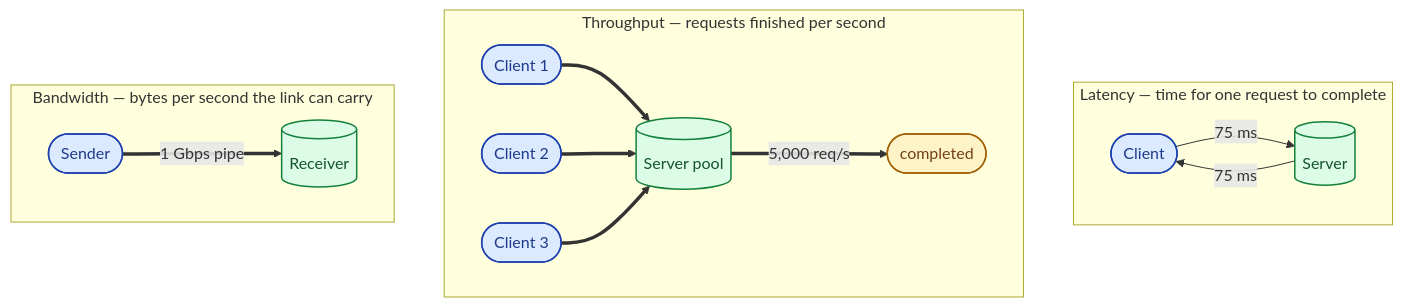
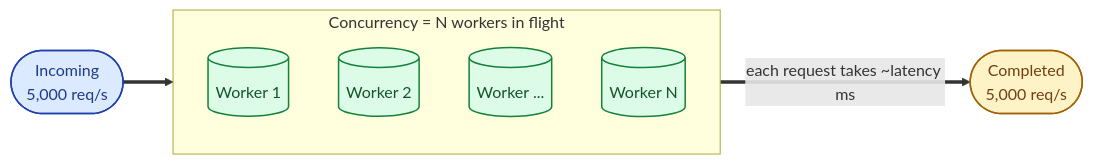
The second of 2 diagrams in _sd_concepts/004-latency-throughput-bandwidth.md (shiningflash/shiningflash.github.io), drawn with Mermaid before and after one commit. The commit also changed other lines of this file and 5 other files, not shown here.

````diff
--- a/_sd_concepts/004-latency-throughput-bandwidth.md
+++ b/_sd_concepts/004-latency-throughput-bandwidth.md
@@ -28,34 +57,19 @@
 ```mermaid
-flowchart TB
-    subgraph LAT["Latency — time for one request to complete"]
-        direction LR
-        LC(["Client"]):::client
-        LS[("Server")]:::server
-        LC -->|"75 ms"| LS
-        LS -->|"75 ms"| LC
+flowchart LR
+    IN(["Incoming<br/>5,000 req/s"]):::client
+    subgraph POOL["Concurrency = N workers in flight"]
+        direction TB
+        W1[("Worker 1")]:::server
+        W2[("Worker 2")]:::server
+        W3[("Worker ...")]:::server
+        WN[("Worker N")]:::server
     end
+    OUT(["Completed<br/>5,000 req/s"]):::done
 
-    subgraph THR["Throughput — requests finished per second"]
-        direction LR
-        TC1(["Client 1"]):::client
-        TC2(["Client 2"]):::client
-        TC3(["Client 3"]):::client
-        TS[("Server pool")]:::server
-        OUT(["completed"]):::done
-        TC1 ==> TS
-        TC2 ==> TS
-        TC3 ==> TS
-        TS ==>|"5,000 req/s"| OUT
-    end
-
-    subgraph BAN["Bandwidth — bytes per second the link can carry"]
-        direction LR
-        BC(["Sender"]):::client
-        BS[("Receiver")]:::server
-        BC ==>|"1 Gbps pipe"| BS
-    end
+    IN ==> POOL
+    POOL ==>|"each request takes ~latency ms"| OUT
 
     classDef client fill:#dbeafe,stroke:#1e40af,color:#1e3a8a,stroke-width:1.5px
     classDef server fill:#dcfce7,stroke:#15803d,color:#14532d,stroke-width:1.5px
     classDef done fill:#fef3c7,stroke:#a16207,color:#713f12,stroke-width:1.5px
 ```
````
